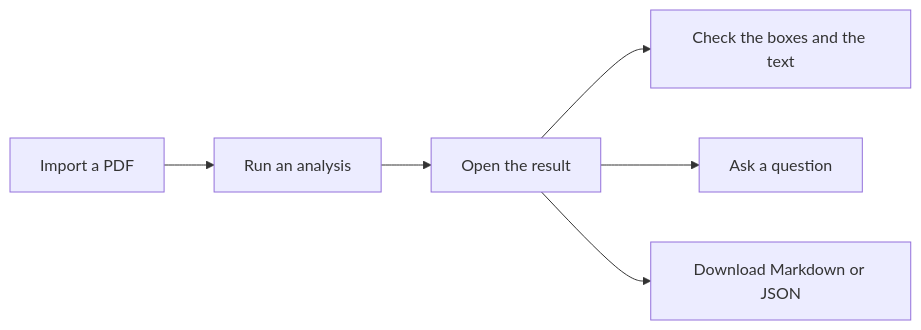
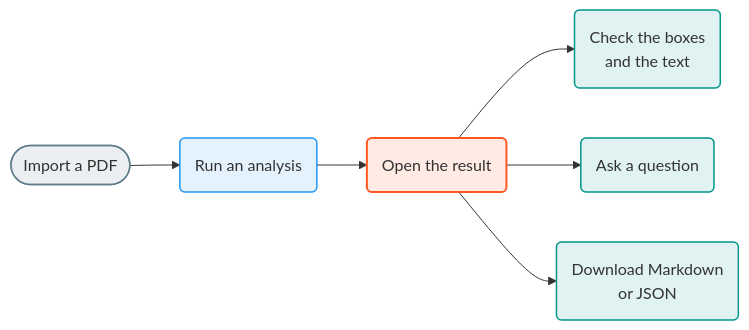
Before and after one commit to scub-france/SmolDocling-visualizer: the diagram in docs/user-guide.md, drawn with Mermaid. The commit also changed 10 other files, not shown here.

First line of the commit message:
docs: restyle the Mermaid diagrams (#340)

````diff
--- a/docs/user-guide.md
+++ b/docs/user-guide.md
@@ -7,8 +7,16 @@
 ```mermaid
 flowchart LR
-    A[Import a PDF] --> B[Run an analysis]
-    B --> C[Open the result]
-    C --> D[Check the boxes and the text]
-    C --> E[Ask a question]
-    C --> F[Download Markdown or JSON]
+    A(["Import a PDF"]) --> B("Run an analysis") --> C("Open the result")
+    C --> D("Check the boxes<br/>and the text")
+    C --> E("Ask a question")
+    C --> F("Download Markdown<br/>or JSON")
+
+    classDef grey fill:#607D8B1F,stroke:#607D8B,stroke-width:1.5px
+    classDef blue fill:#2196F31F,stroke:#2196F3,stroke-width:1.5px
+    classDef orange fill:#FF57221F,stroke:#FF5722,stroke-width:2px
+    classDef teal fill:#0096881F,stroke:#009688,stroke-width:1.5px
+    class A grey
+    class B blue
+    class C orange
+    class D,E,F teal
 ```
````
